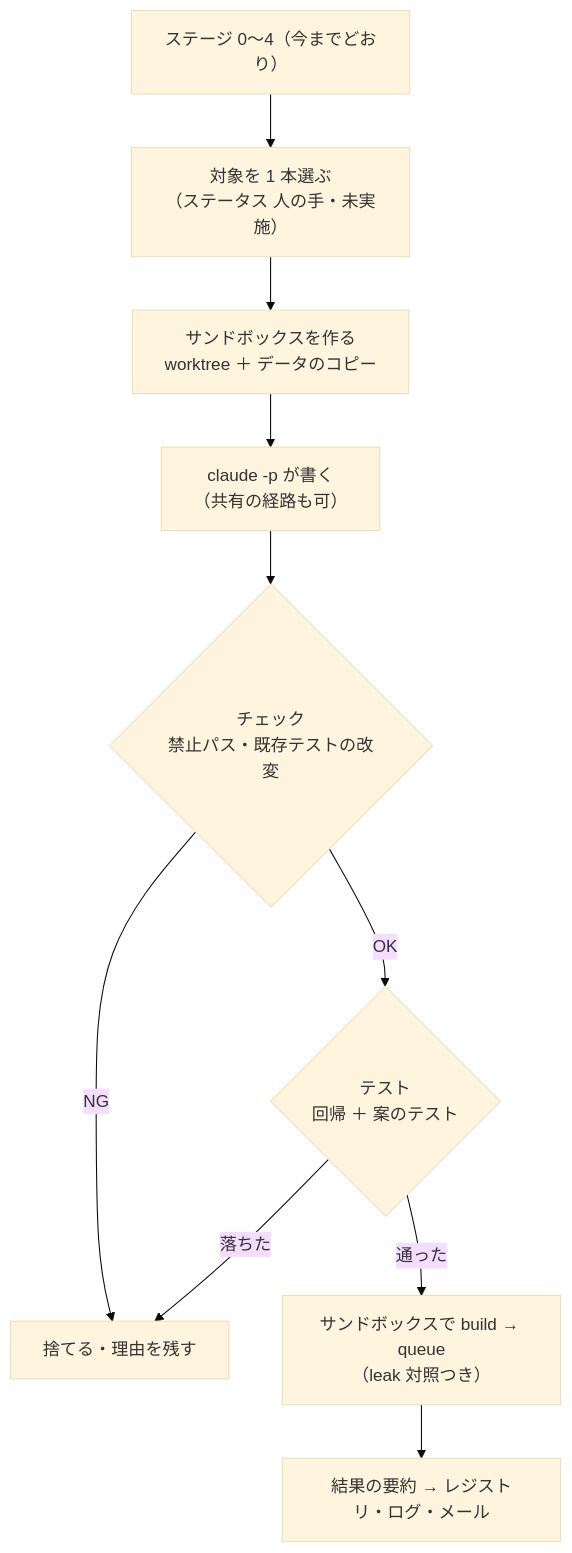
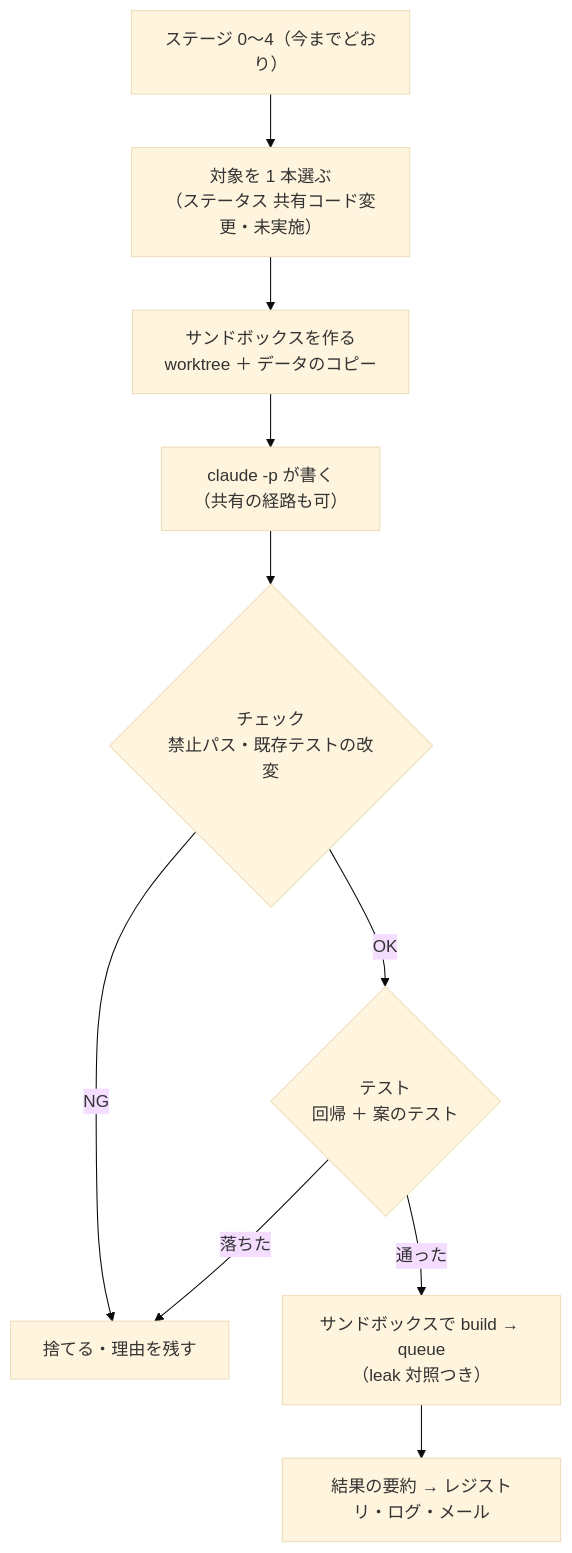
The second of 2 diagrams in docs/plans/devloop-sandbox.md (akiraak/ai-income-lab), drawn with Mermaid (base theme) before and after one commit. The commit also changed other lines of this file and 38 other files, not shown here.

````diff
--- a/docs/plans/devloop-sandbox.md
+++ b/docs/plans/devloop-sandbox.md
@@ -56,12 +56,12 @@
 ```mermaid
 flowchart TB
-  S14["ステージ 0〜4（今までどおり）"] --> P["対象を 1 本選ぶ<br/>（ステータス 人の手・未実施）"]
+  S14["ステージ 0〜4（今までどおり）"] --> P["対象を 1 本選ぶ<br/>（ステータス 共有コード変更・未実施）"]
   P --> CR["サンドボックスを作る<br/>worktree ＋ データのコピー"]
   CR --> B["claude -p が書く<br/>（共有の経路も可）"]
   B --> CK{"チェック<br/>禁止パス・既存テストの改変"}
   CK -- "NG" --> X["捨てる・理由を残す"]
   CK -- "OK" --> T{"テスト<br/>回帰 ＋ 案のテスト"}
   T -- "落ちた" --> X
   T -- "通った" --> Q["サンドボックスで build → queue<br/>（leak 対照つき）"]
   Q --> RP["結果の要約 → レジストリ・ログ・メール"]
 ```
````
